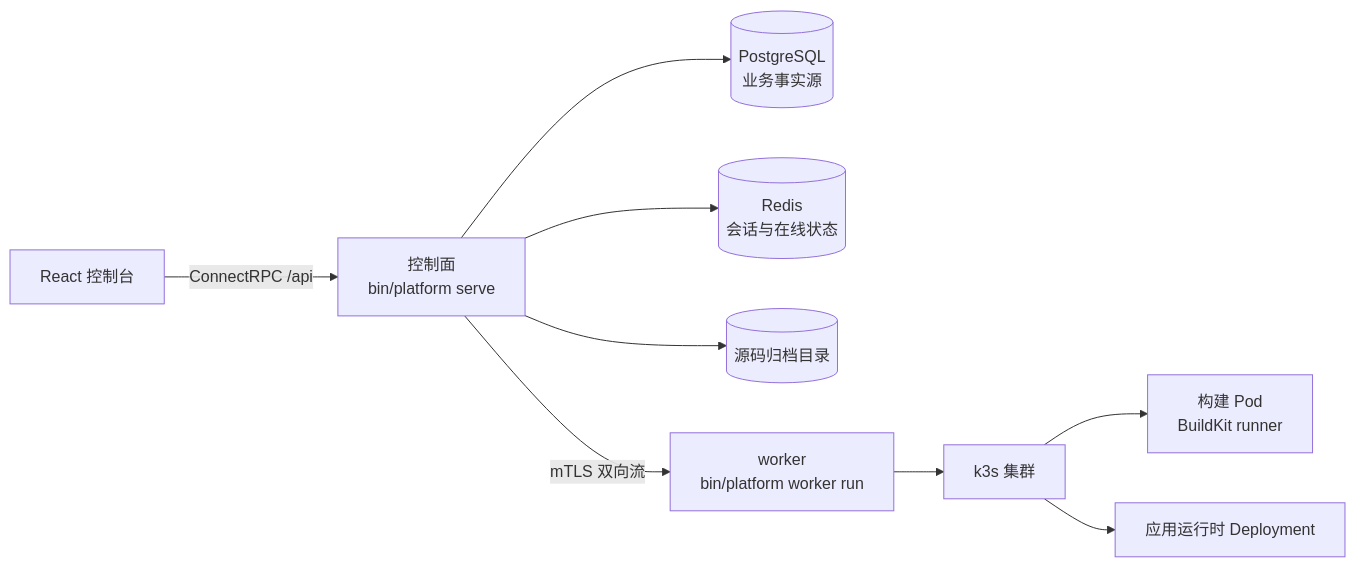
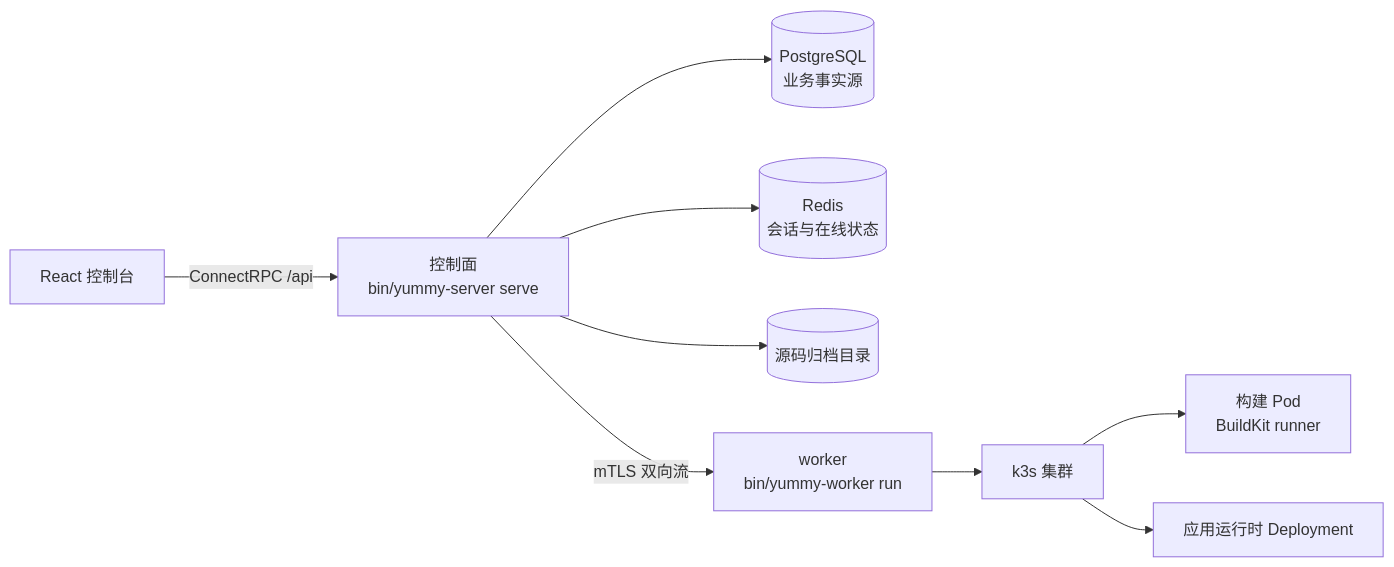
One commit to sunshanpeng/yummy changed the diagram in README.md. Above: the diagram before and after it, drawn with Mermaid. The commit also changed other lines of this file and 55 other files, not shown here.

````diff
--- a/README.md
+++ b/README.md
@@ -9,11 +9,11 @@
 ```mermaid
 flowchart LR
-    UI["React 控制台"] -->|"ConnectRPC /api"| CP["控制面<br/>bin/platform serve"]
+    UI["React 控制台"] -->|"ConnectRPC /api"| CP["控制面<br/>bin/yummy-server serve"]
     CP --> PG[("PostgreSQL<br/>业务事实源")]
     CP --> Redis[("Redis<br/>会话与在线状态")]
     CP --> SRC[("源码归档目录")]
-    CP -->|"mTLS 双向流"| W["worker<br/>bin/platform worker run"]
+    CP -->|"mTLS 双向流"| W["worker<br/>bin/yummy-worker run"]
     W --> K3S["k3s 集群"]
     K3S --> BP["构建 Pod<br/>BuildKit runner"]
     K3S --> RT["应用运行时 Deployment"]
 ```
````
